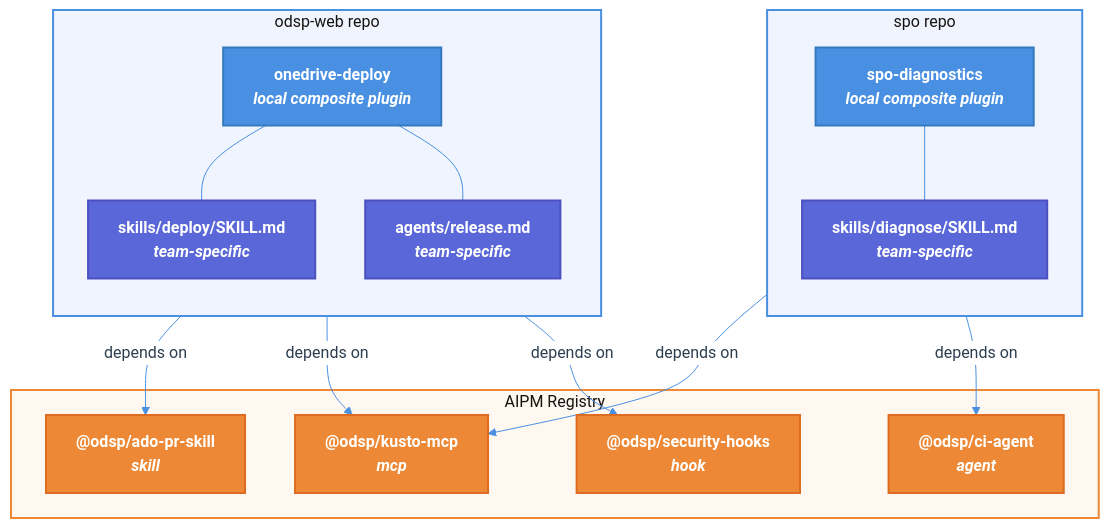
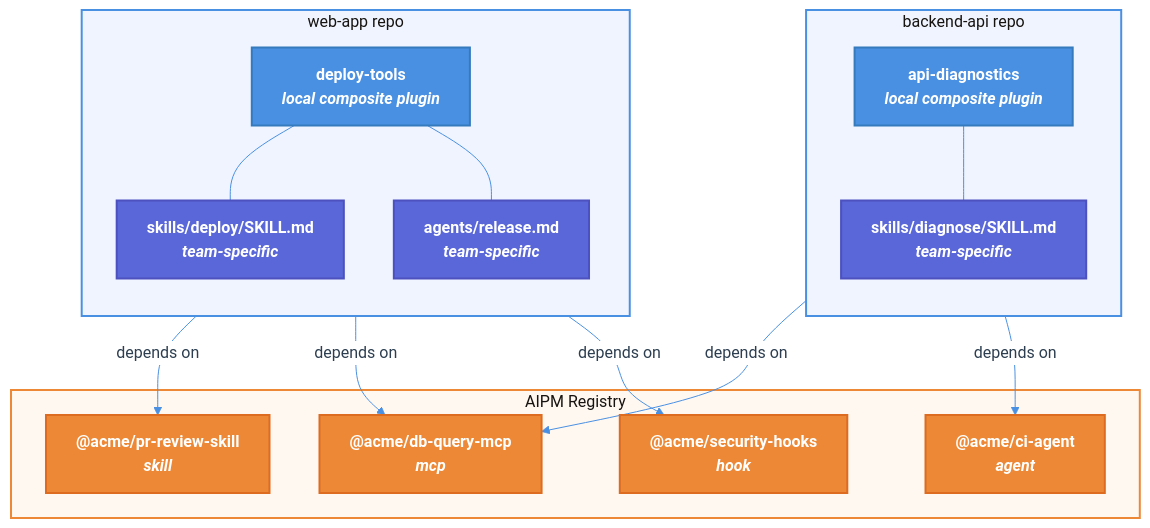
The second of 2 diagrams in specs/2026-03-09-aipm-technical-design.md (TheLarkInn/aipm), drawn with Mermaid before and after one commit. The commit also changed other lines of this file and 4 other files, not shown here.

````diff
--- a/specs/2026-03-09-aipm-technical-design.md
+++ b/specs/2026-03-09-aipm-technical-design.md
@@ -219,43 +216,43 @@
 ```mermaid
 %%{init: {'theme':'base', 'themeVariables': { 'primaryColor':'#f8f9fa','primaryTextColor':'#2c3e50','primaryBorderColor':'#4a5568','lineColor':'#4a90e2','secondaryColor':'#ffffff','tertiaryColor':'#e9ecef'}}}%%
 
 flowchart TB
     classDef registry fill:#ed8936,stroke:#dd6b20,stroke-width:2px,color:#ffffff,font-weight:600
     classDef local fill:#4a90e2,stroke:#357abd,stroke-width:2px,color:#ffffff,font-weight:600
     classDef shared fill:#48bb78,stroke:#38a169,stroke-width:2px,color:#ffffff,font-weight:600
     classDef team fill:#5a67d8,stroke:#4c51bf,stroke-width:2px,color:#ffffff,font-weight:600
 
     subgraph Registry["AIPM Registry"]
-        PRSkill["@odsp/ado-pr-skill<br><i>skill</i>"]:::registry
-        KustoMCP["@odsp/kusto-mcp<br><i>mcp</i>"]:::registry
-        SecHooks["@odsp/security-hooks<br><i>hook</i>"]:::registry
-        CIAgent["@odsp/ci-agent<br><i>agent</i>"]:::registry
+        PRSkill["@acme/pr-review-skill<br><i>skill</i>"]:::registry
+        DBMCP["@acme/db-query-mcp<br><i>mcp</i>"]:::registry
+        SecHooks["@acme/security-hooks<br><i>hook</i>"]:::registry
+        CIAgent["@acme/ci-agent<br><i>agent</i>"]:::registry
     end
 
-    subgraph TeamA["odsp-web repo"]
+    subgraph TeamA["web-app repo"]
         direction TB
-        DeployPlugin["onedrive-deploy<br><i>local composite plugin</i>"]:::local
+        DeployPlugin["deploy-tools<br><i>local composite plugin</i>"]:::local
         DeploySkill["skills/deploy/SKILL.md<br><i>team-specific</i>"]:::team
         ReleaseAgent["agents/release.md<br><i>team-specific</i>"]:::team
     end
 
-    subgraph TeamB["spo repo"]
+    subgraph TeamB["backend-api repo"]
         direction TB
-        DiagPlugin["spo-diagnostics<br><i>local composite plugin</i>"]:::local
+        DiagPlugin["api-diagnostics<br><i>local composite plugin</i>"]:::local
         DiagSkill["skills/diagnose/SKILL.md<br><i>team-specific</i>"]:::team
     end
 
     DeployPlugin -->|"depends on"| PRSkill
-    DeployPlugin -->|"depends on"| KustoMCP
+    DeployPlugin -->|"depends on"| DBMCP
     DeployPlugin -->|"depends on"| SecHooks
     DeployPlugin --- DeploySkill
     DeployPlugin --- ReleaseAgent
 
-    DiagPlugin -->|"depends on"| KustoMCP
+    DiagPlugin -->|"depends on"| DBMCP
     DiagPlugin -->|"depends on"| CIAgent
     DiagPlugin --- DiagSkill
 
     style Registry fill:#fff8f0,stroke:#ed8936,stroke-width:2px
     style TeamA fill:#f0f4ff,stroke:#4a90e2,stroke-width:2px
     style TeamB fill:#f0f4ff,stroke:#4a90e2,stroke-width:2px
 ```
````
